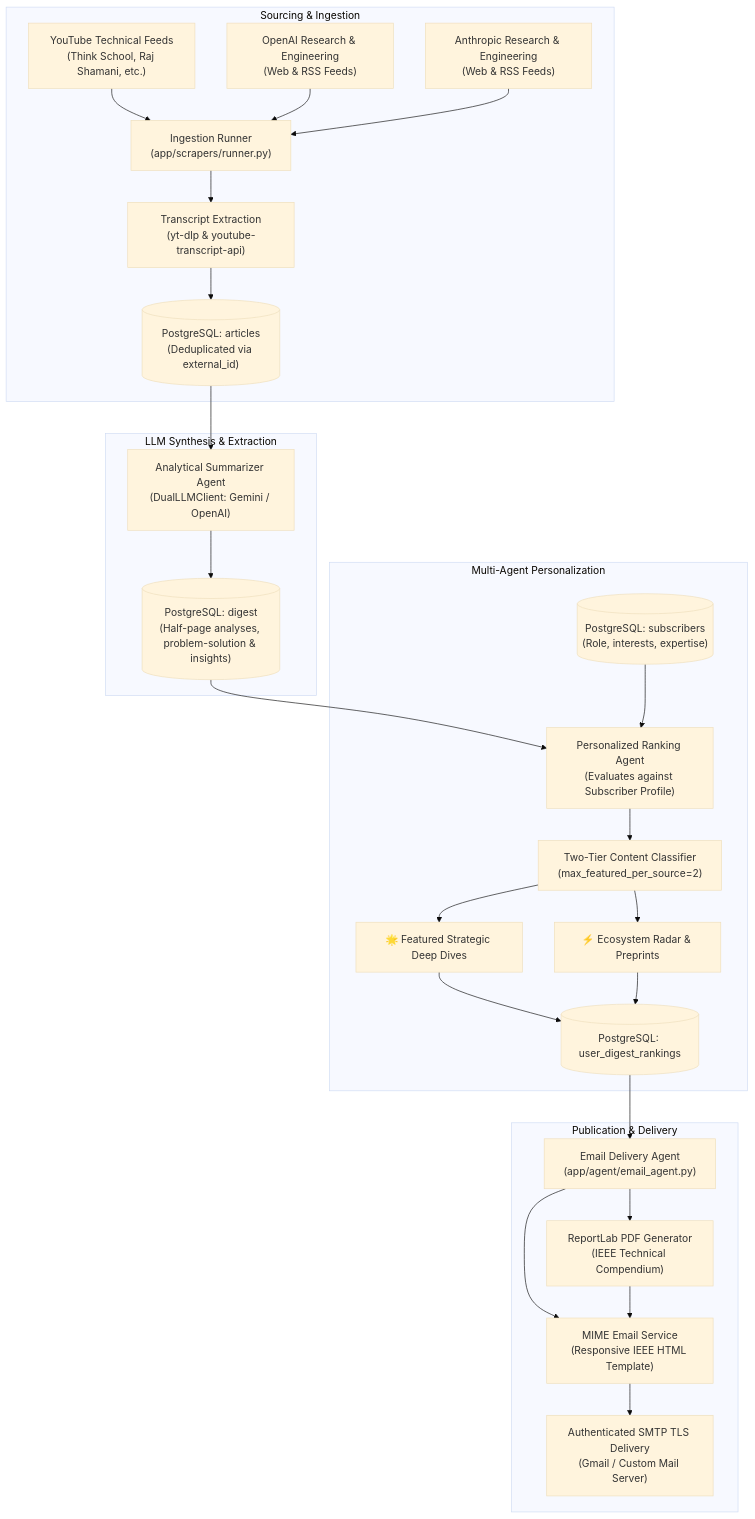
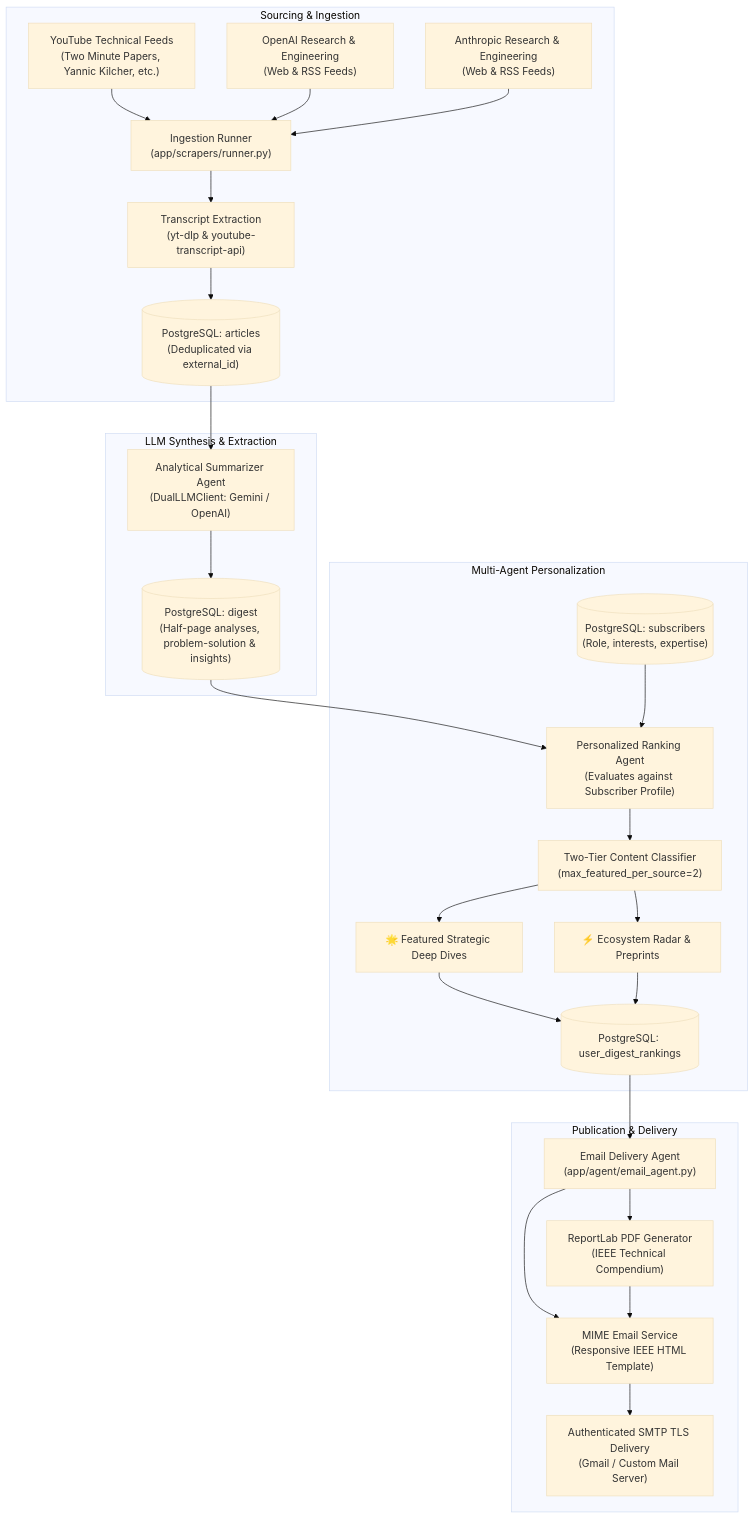
Before and after one commit to Dhruv-Chugh/AI-research-aggregator: the first of 2 diagrams in README.md, drawn with Mermaid (base theme). The commit also changed 6 other files, not shown here.

````diff
--- a/README.md
+++ b/README.md
@@ -35,33 +35,33 @@
 ```mermaid
 flowchart TD
     subgraph Sourcing & Ingestion
-        YT["YouTube Technical Feeds<br/>(Think School, Raj Shamani, etc.)"] --> Runner["Ingestion Runner<br/>(app/scrapers/runner.py)"]
+        YT["YouTube Technical Feeds<br/>(Two Minute Papers, Yannic Kilcher, etc.)"] --> Runner["Ingestion Runner<br/>(app/scrapers/runner.py)"]
         OA["OpenAI Research & Engineering<br/>(Web & RSS Feeds)"] --> Runner
         ANT["Anthropic Research & Engineering<br/>(Web & RSS Feeds)"] --> Runner
         Runner --> Transcripts["Transcript Extraction<br/>(yt-dlp & youtube-transcript-api)"]
         Transcripts --> ArticlesDB[("PostgreSQL: articles<br/>(Deduplicated via external_id)")]
     end
 
     subgraph LLM Synthesis & Extraction
         ArticlesDB --> SummarizerAgent["Analytical Summarizer Agent<br/>(DualLLMClient: Gemini / OpenAI)"]
         SummarizerAgent --> DigestDB[("PostgreSQL: digest<br/>(Half-page analyses, problem-solution & insights)")]
     end
 
     subgraph Multi-Agent Personalization
         DigestDB --> UserRankingAgent["Personalized Ranking Agent<br/>(Evaluates against Subscriber Profile)"]
         SubscribersDB[("PostgreSQL: subscribers<br/>(Role, interests, expertise)")] --> UserRankingAgent
         UserRankingAgent --> Classifier["Two-Tier Content Classifier<br/>(max_featured_per_source=2)"]
         Classifier --> Tier1["🌟 Featured Strategic Deep Dives"]
         Classifier --> Tier2["⚡ Ecosystem Radar & Preprints"]
         Tier1 --> UserRankingsDB[("PostgreSQL: user_digest_rankings")]
         Tier2 --> UserRankingsDB
     end
 
     subgraph Publication & Delivery
         UserRankingsDB --> EmailDeliveryAgent["Email Delivery Agent<br/>(app/agent/email_agent.py)"]
         EmailDeliveryAgent --> PDFGen["ReportLab PDF Generator<br/>(IEEE Technical Compendium)"]
         EmailDeliveryAgent --> EmailSvc["MIME Email Service<br/>(Responsive IEEE HTML Template)"]
         PDFGen --> EmailSvc
         EmailSvc --> SMTP["Authenticated SMTP TLS Delivery<br/>(Gmail / Custom Mail Server)"]
     end
 ```
````
